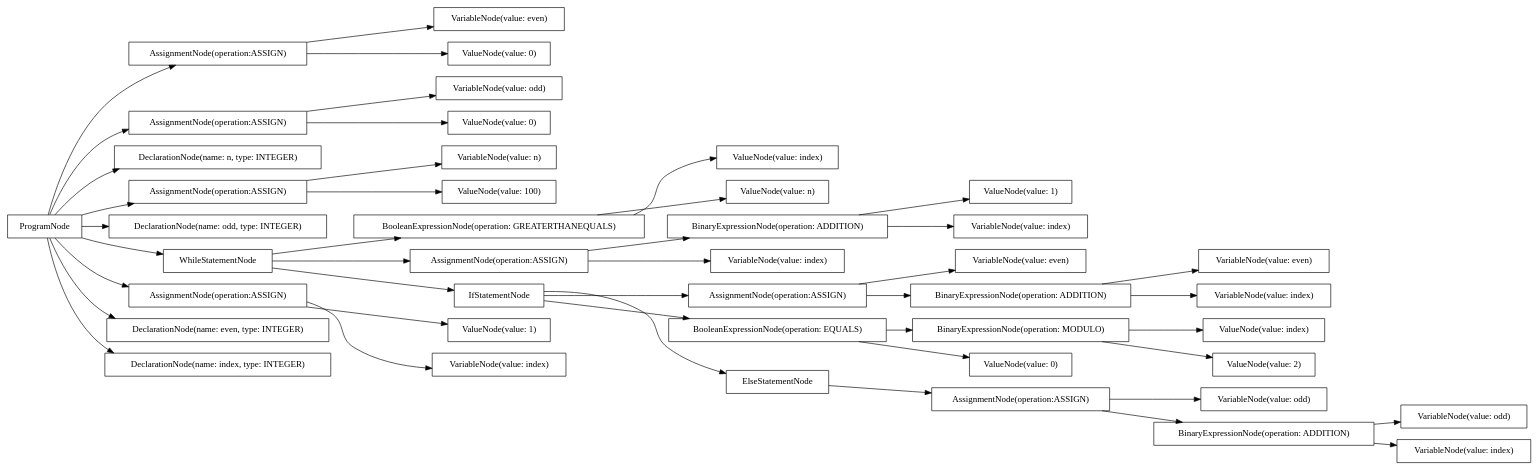
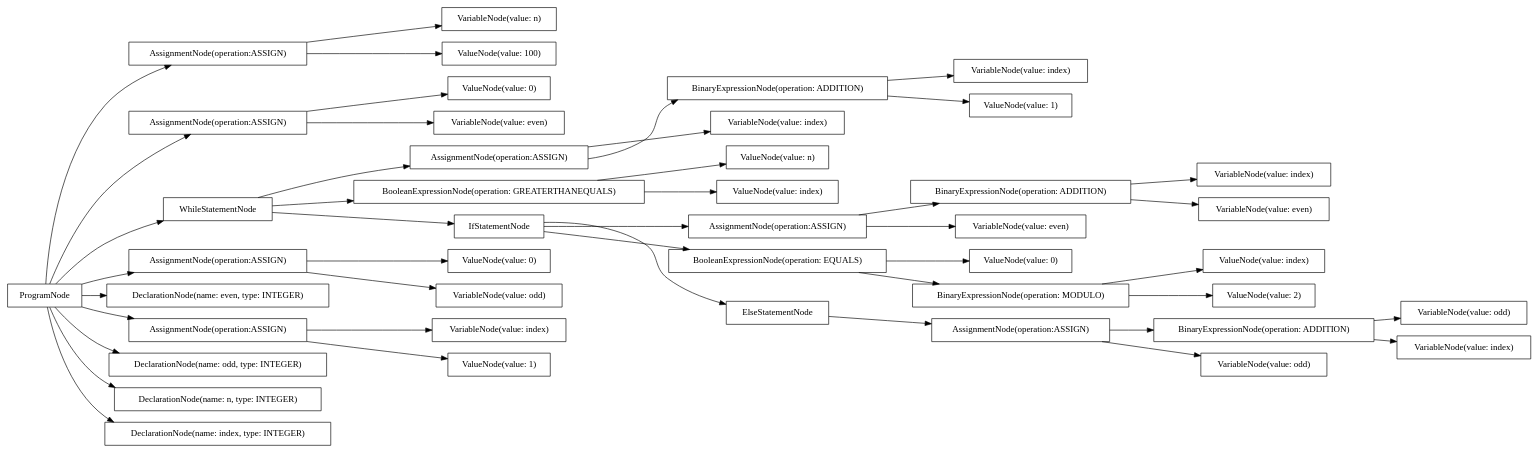
One commit to AtLeastITry/ANTLR-Python-Compiler changed the diagram in src/output/dot/odd_even.dot. Above: the diagram before and after it, drawn with Graphviz. The commit also changed 18 other files, not shown here.

```diff
--- a/src/output/dot/odd_even.dot
+++ b/src/output/dot/odd_even.dot
@@ -1,88 +1,88 @@
 digraph G {
 rankdir=LR
-"bd6243f0-c914-4ab7-a499-864a3f5654b4" [label="BinaryExpressionNode(operation: MODULO)" shape="box"];
-"7af31379-c536-4d43-87da-8989fd42c2ac" [label="AssignmentNode(operation:ASSIGN)" shape="box"];
-"6ec07267-38a8-4b89-ab17-74b9cbda2671" [label="ValueNode(value: index)" shape="box"];
-"460c7258-2c48-4f10-adb7-2d7e3d164d96" [label="ProgramNode" shape="box"];
-"d4b4579c-aef6-4a9f-8f9a-3649a21d32ca" [label="VariableNode(value: n)" shape="box"];
-"8dba4d4b-9dfe-44e6-95e4-ce522ca706bd" [label="BinaryExpressionNode(operation: ADDITION)" shape="box"];
-"c6813f5e-186b-413c-8dff-d0259a36d4a2" [label="AssignmentNode(operation:ASSIGN)" shape="box"];
-"0f8c1a04-0424-41fd-9fc2-d4d899087545" [label="AssignmentNode(operation:ASSIGN)" shape="box"];
-"a12c2d67-0975-4d1c-86dc-adf2dbd89213" [label="VariableNode(value: even)" shape="box"];
-"6974972d-9456-4fa7-96d4-f9d11c1e7ffb" [label="AssignmentNode(operation:ASSIGN)" shape="box"];
-"df6f5c1c-5d70-4aeb-84dd-c625715d4944" [label="ValueNode(value: 1)" shape="box"];
-"9c8f2f49-2969-42e7-bd07-290fd2cce347" [label="DeclarationNode(name: n, type: INTEGER)" shape="box"];
-"d00a0ecd-1aa9-473b-a70f-c9aab01736ab" [label="VariableNode(value: even)" shape="box"];
-"089432b5-d406-4bf8-a96b-6b264f7e2d61" [label="ValueNode(value: index)" shape="box"];
-"42ad9234-5129-4097-95e7-347257f0860f" [label="ValueNode(value: 2)" shape="box"];
-"53fdc889-8112-4171-9667-4ce563d50ecd" [label="VariableNode(value: even)" shape="box"];
-"bc5f7289-f9ec-4370-8cf7-fa8f6fc45878" [label="AssignmentNode(operation:ASSIGN)" shape="box"];
-"25e94ad9-05ed-4b83-81ea-d8dbd725ad85" [label="ValueNode(value: 1)" shape="box"];
-"b5b09522-ee32-4d58-88b3-798367efce72" [label="VariableNode(value: index)" shape="box"];
-"0b5d032e-3d8b-4343-82af-9b7b6a34390d" [label="VariableNode(value: index)" shape="box"];
-"29930bb3-2bd0-4bef-8cc7-96c8c7500f97" [label="DeclarationNode(name: odd, type: INTEGER)" shape="box"];
-"ccbc1963-aace-4ab5-a99c-c7485517163f" [label="ValueNode(value: 0)" shape="box"];
-"502845a8-58d5-4055-934c-fb67221d372f" [label="BooleanExpressionNode(operation: EQUALS)" shape="box"];
-"8ede455f-a61b-4619-875d-800c1f288b23" [label="VariableNode(value: odd)" shape="box"];
-"31e54d21-5afc-4020-821c-2829c7f2bac5" [label="WhileStatementNode" shape="box"];
-"3986ba76-f4b4-4187-ba2b-147c14a4e96c" [label="BooleanExpressionNode(operation: GREATERTHANEQUALS)" shape="box"];
-"1c05cc18-3517-4479-a1e9-378528a51624" [label="VariableNode(value: odd)" shape="box"];
-"a3d20d7e-be4c-4303-bcdc-74fb8701315a" [label="VariableNode(value: index)" shape="box"];
-"25ab1cac-0e04-4442-b216-fce9fb4a8a17" [label="BinaryExpressionNode(operation: ADDITION)" shape="box"];
-"b1f12551-a52b-48cb-a4d2-ec06ea933f64" [label="VariableNode(value: index)" shape="box"];
-"a3c0bb60-41b6-4095-aa5a-fdec3fccde1d" [label="AssignmentNode(operation:ASSIGN)" shape="box"];
-"94191861-3a70-42e4-87c4-ad695649f7ef" [label="ValueNode(value: n)" shape="box"];
-"1f8fde93-07c7-43f5-bb61-fe776ec38415" [label="DeclarationNode(name: even, type: INTEGER)" shape="box"];
-"6205bdef-d45b-49d6-8803-561c9712a91b" [label="ValueNode(value: 0)" shape="box"];
-"3d33ce9d-7c5b-44d7-8034-302fd1f9e132" [label="DeclarationNode(name: index, type: INTEGER)" shape="box"];
-"4f8ae939-e720-4dc0-bd37-9df255607185" [label="ValueNode(value: 0)" shape="box"];
-"ae7113a2-2ae4-4435-931d-565b4915c5a2" [label="AssignmentNode(operation:ASSIGN)" shape="box"];
-"5fbf0066-4155-4c9a-8c28-24f54faa3d55" [label="IfStatementNode" shape="box"];
-"ed8c35c0-b202-4ada-8dd8-02b84ab78936" [label="VariableNode(value: odd)" shape="box"];
-"3137da6f-f80d-4677-91a7-ac246faafcfc" [label="BinaryExpressionNode(operation: ADDITION)" shape="box"];
-"9ac7a396-538e-464e-8d8b-1a950887ecb3" [label="ElseStatementNode" shape="box"];
-"40380f52-bf6b-4e2b-a8da-6e76208e74f3" [label="VariableNode(value: index)" shape="box"];
-"a40a0508-a025-4c9b-99c9-66e21fa5a4ce" [label="ValueNode(value: 100)" shape="box"];
-"460c7258-2c48-4f10-adb7-2d7e3d164d96" -> "9c8f2f49-2969-42e7-bd07-290fd2cce347";
-"460c7258-2c48-4f10-adb7-2d7e3d164d96" -> "29930bb3-2bd0-4bef-8cc7-96c8c7500f97";
-"460c7258-2c48-4f10-adb7-2d7e3d164d96" -> "1f8fde93-07c7-43f5-bb61-fe776ec38415";
-"460c7258-2c48-4f10-adb7-2d7e3d164d96" -> "3d33ce9d-7c5b-44d7-8034-302fd1f9e132";
-"460c7258-2c48-4f10-adb7-2d7e3d164d96" -> "bc5f7289-f9ec-4370-8cf7-fa8f6fc45878";
-"bc5f7289-f9ec-4370-8cf7-fa8f6fc45878" -> "d4b4579c-aef6-4a9f-8f9a-3649a21d32ca";
-"bc5f7289-f9ec-4370-8cf7-fa8f6fc45878" -> "a40a0508-a025-4c9b-99c9-66e21fa5a4ce";
-"460c7258-2c48-4f10-adb7-2d7e3d164d96" -> "6974972d-9456-4fa7-96d4-f9d11c1e7ffb";
-"6974972d-9456-4fa7-96d4-f9d11c1e7ffb" -> "1c05cc18-3517-4479-a1e9-378528a51624";
-"6974972d-9456-4fa7-96d4-f9d11c1e7ffb" -> "6205bdef-d45b-49d6-8803-561c9712a91b";
-"460c7258-2c48-4f10-adb7-2d7e3d164d96" -> "7af31379-c536-4d43-87da-8989fd42c2ac";
-"7af31379-c536-4d43-87da-8989fd42c2ac" -> "a12c2d67-0975-4d1c-86dc-adf2dbd89213";
-"7af31379-c536-4d43-87da-8989fd42c2ac" -> "4f8ae939-e720-4dc0-bd37-9df255607185";
-"460c7258-2c48-4f10-adb7-2d7e3d164d96" -> "a3c0bb60-41b6-4095-aa5a-fdec3fccde1d";
-"a3c0bb60-41b6-4095-aa5a-fdec3fccde1d" -> "0b5d032e-3d8b-4343-82af-9b7b6a34390d";
-"a3c0bb60-41b6-4095-aa5a-fdec3fccde1d" -> "df6f5c1c-5d70-4aeb-84dd-c625715d4944";
-"460c7258-2c48-4f10-adb7-2d7e3d164d96" -> "31e54d21-5afc-4020-821c-2829c7f2bac5";
-"31e54d21-5afc-4020-821c-2829c7f2bac5" -> "3986ba76-f4b4-4187-ba2b-147c14a4e96c";
-"3986ba76-f4b4-4187-ba2b-147c14a4e96c" -> "6ec07267-38a8-4b89-ab17-74b9cbda2671";
-"3986ba76-f4b4-4187-ba2b-147c14a4e96c" -> "94191861-3a70-42e4-87c4-ad695649f7ef";
-"31e54d21-5afc-4020-821c-2829c7f2bac5" -> "5fbf0066-4155-4c9a-8c28-24f54faa3d55";
-"5fbf0066-4155-4c9a-8c28-24f54faa3d55" -> "502845a8-58d5-4055-934c-fb67221d372f";
-"502845a8-58d5-4055-934c-fb67221d372f" -> "bd6243f0-c914-4ab7-a499-864a3f5654b4";
-"bd6243f0-c914-4ab7-a499-864a3f5654b4" -> "089432b5-d406-4bf8-a96b-6b264f7e2d61";
-"bd6243f0-c914-4ab7-a499-864a3f5654b4" -> "42ad9234-5129-4097-95e7-347257f0860f";
-"502845a8-58d5-4055-934c-fb67221d372f" -> "ccbc1963-aace-4ab5-a99c-c7485517163f";
-"5fbf0066-4155-4c9a-8c28-24f54faa3d55" -> "c6813f5e-186b-413c-8dff-d0259a36d4a2";
-"c6813f5e-186b-413c-8dff-d0259a36d4a2" -> "d00a0ecd-1aa9-473b-a70f-c9aab01736ab";
-"c6813f5e-186b-413c-8dff-d0259a36d4a2" -> "25ab1cac-0e04-4442-b216-fce9fb4a8a17";
-"25ab1cac-0e04-4442-b216-fce9fb4a8a17" -> "53fdc889-8112-4171-9667-4ce563d50ecd";
-"25ab1cac-0e04-4442-b216-fce9fb4a8a17" -> "b1f12551-a52b-48cb-a4d2-ec06ea933f64";
-"5fbf0066-4155-4c9a-8c28-24f54faa3d55" -> "9ac7a396-538e-464e-8d8b-1a950887ecb3";
-"9ac7a396-538e-464e-8d8b-1a950887ecb3" -> "0f8c1a04-0424-41fd-9fc2-d4d899087545";
-"0f8c1a04-0424-41fd-9fc2-d4d899087545" -> "ed8c35c0-b202-4ada-8dd8-02b84ab78936";
-"0f8c1a04-0424-41fd-9fc2-d4d899087545" -> "3137da6f-f80d-4677-91a7-ac246faafcfc";
-"3137da6f-f80d-4677-91a7-ac246faafcfc" -> "8ede455f-a61b-4619-875d-800c1f288b23";
-"3137da6f-f80d-4677-91a7-ac246faafcfc" -> "40380f52-bf6b-4e2b-a8da-6e76208e74f3";
-"31e54d21-5afc-4020-821c-2829c7f2bac5" -> "ae7113a2-2ae4-4435-931d-565b4915c5a2";
-"ae7113a2-2ae4-4435-931d-565b4915c5a2" -> "a3d20d7e-be4c-4303-bcdc-74fb8701315a";
-"ae7113a2-2ae4-4435-931d-565b4915c5a2" -> "8dba4d4b-9dfe-44e6-95e4-ce522ca706bd";
-"8dba4d4b-9dfe-44e6-95e4-ce522ca706bd" -> "b5b09522-ee32-4d58-88b3-798367efce72";
-"8dba4d4b-9dfe-44e6-95e4-ce522ca706bd" -> "25e94ad9-05ed-4b83-81ea-d8dbd725ad85";
+"753dfb2f-620b-42c6-a9d7-91268373e91d" [label="ValueNode(value: 0)" shape="box"];
+"4cf6f9d4-3da2-4162-85f4-f4a85956876c" [label="AssignmentNode(operation:ASSIGN)" shape="box"];
+"47fc939d-7273-4977-954e-30584877de81" [label="AssignmentNode(operation:ASSIGN)" shape="box"];
+"773d7a74-64db-48f8-aa7b-1a348060a783" [label="AssignmentNode(operation:ASSIGN)" shape="box"];
+"0b7415dc-db29-449b-9845-3e569f58e4d8" [label="VariableNode(value: index)" shape="box"];
+"9357bfbb-cac6-4e10-b80b-9eadad3155a4" [label="AssignmentNode(operation:ASSIGN)" shape="box"];
+"30ff0f3e-0ece-4df1-ad61-7bb810f99b94" [label="ValueNode(value: 0)" shape="box"];
+"af0234cf-3f51-457c-8fdb-8ffb889695dc" [label="WhileStatementNode" shape="box"];
+"ce6f2fc8-8729-436d-a88f-3a134beac519" [label="VariableNode(value: odd)" shape="box"];
+"28de2c49-8ba6-49df-ada4-3b997a7be4e5" [label="AssignmentNode(operation:ASSIGN)" shape="box"];
+"dbf66f4a-32f4-44d8-a51a-9a4fdb7111e6" [label="BinaryExpressionNode(operation: ADDITION)" shape="box"];
+"589eba7e-d633-4c3c-849c-5d12bdfb020f" [label="BinaryExpressionNode(operation: ADDITION)" shape="box"];
+"089a469b-e0bc-401a-806d-edad80e32f92" [label="AssignmentNode(operation:ASSIGN)" shape="box"];
+"fc1a16c2-6821-4322-97b3-eafcff443948" [label="ValueNode(value: n)" shape="box"];
+"58cc89b1-7d33-415e-a6bc-0b2bfecffa91" [label="ValueNode(value: index)" shape="box"];
+"183c74fe-2860-4af3-a642-77ec7a7fef1a" [label="ProgramNode" shape="box"];
+"c4ba3ade-bf66-4bcd-a299-d5367df56649" [label="DeclarationNode(name: even, type: INTEGER)" shape="box"];
+"9911709b-2c67-4142-a8dd-169b40601b94" [label="ValueNode(value: index)" shape="box"];
+"6eb0c24d-06ce-4223-8437-9da229c6909d" [label="BooleanExpressionNode(operation: GREATERTHANEQUALS)" shape="box"];
+"3f8842bf-5236-4f2b-b885-dad0e8d539b4" [label="IfStatementNode" shape="box"];
+"e69c4107-1d78-4855-990c-6e8a46cb3ee4" [label="VariableNode(value: odd)" shape="box"];
+"65042a74-4a1a-4ac9-b115-6c72d5520cb7" [label="AssignmentNode(operation:ASSIGN)" shape="box"];
+"643d0d66-bcf2-497d-b6b0-c0ee6a32d019" [label="VariableNode(value: index)" shape="box"];
+"707f5cdf-a01f-4434-9d32-6add8a7f2fba" [label="ValueNode(value: 2)" shape="box"];
+"a767d9a7-1128-455a-a61d-79d978cdd91f" [label="VariableNode(value: n)" shape="box"];
+"31bde8a9-9330-4aff-93e7-7a51b9d68b1e" [label="DeclarationNode(name: odd, type: INTEGER)" shape="box"];
+"aef4ed66-40d2-44ac-bf04-76fecc7b49c5" [label="BooleanExpressionNode(operation: EQUALS)" shape="box"];
+"10aac1ec-1829-4676-8026-cfc72c3390a2" [label="ValueNode(value: 1)" shape="box"];
+"1b419b58-beaa-4fc1-ba9f-92dbe2d298ce" [label="BinaryExpressionNode(operation: MODULO)" shape="box"];
+"735dffdd-f8f8-4332-8fb7-11ebcad6f8aa" [label="BinaryExpressionNode(operation: ADDITION)" shape="box"];
+"e0e64e8b-c363-442e-b3c4-d32e42ff985e" [label="DeclarationNode(name: n, type: INTEGER)" shape="box"];
+"e3ef9c52-f1a4-4555-a483-06a45983b603" [label="DeclarationNode(name: index, type: INTEGER)" shape="box"];
+"e4d84f3a-6aee-41ec-9e3d-f76e4b6b27f5" [label="ValueNode(value: 100)" shape="box"];
+"2b8891c6-f699-4b7d-9ffc-0270f8ae99e5" [label="ElseStatementNode" shape="box"];
+"18e1b9bf-3e61-466e-bf6b-86c1c0de0257" [label="VariableNode(value: index)" shape="box"];
+"e6f5c821-e38d-4c52-889c-c7db30057dfa" [label="ValueNode(value: 0)" shape="box"];
+"c30ddf3b-ca30-4efe-a760-66037cebc904" [label="VariableNode(value: index)" shape="box"];
+"8e38118c-b137-41ac-82e4-c013c7f1521c" [label="ValueNode(value: 1)" shape="box"];
+"3bcb4b8f-152c-4f56-81d0-7310501f8999" [label="VariableNode(value: even)" shape="box"];
+"c9c58b15-3268-48ff-9fd6-4a165b71d38f" [label="VariableNode(value: even)" shape="box"];
+"fa253ea8-26b2-4c3b-a002-ba1ea518e93d" [label="VariableNode(value: even)" shape="box"];
+"a6f455ea-1059-4811-aa4e-15bd961e2b05" [label="VariableNode(value: index)" shape="box"];
+"ab5d8179-ee67-46e2-a555-ff078ca984a5" [label="VariableNode(value: odd)" shape="box"];
+"183c74fe-2860-4af3-a642-77ec7a7fef1a" -> "e0e64e8b-c363-442e-b3c4-d32e42ff985e";
+"183c74fe-2860-4af3-a642-77ec7a7fef1a" -> "31bde8a9-9330-4aff-93e7-7a51b9d68b1e";
+"183c74fe-2860-4af3-a642-77ec7a7fef1a" -> "c4ba3ade-bf66-4bcd-a299-d5367df56649";
+"183c74fe-2860-4af3-a642-77ec7a7fef1a" -> "e3ef9c52-f1a4-4555-a483-06a45983b603";
+"183c74fe-2860-4af3-a642-77ec7a7fef1a" -> "47fc939d-7273-4977-954e-30584877de81";
+"47fc939d-7273-4977-954e-30584877de81" -> "a767d9a7-1128-455a-a61d-79d978cdd91f";
+"47fc939d-7273-4977-954e-30584877de81" -> "e4d84f3a-6aee-41ec-9e3d-f76e4b6b27f5";
+"183c74fe-2860-4af3-a642-77ec7a7fef1a" -> "089a469b-e0bc-401a-806d-edad80e32f92";
+"089a469b-e0bc-401a-806d-edad80e32f92" -> "ce6f2fc8-8729-436d-a88f-3a134beac519";
+"089a469b-e0bc-401a-806d-edad80e32f92" -> "30ff0f3e-0ece-4df1-ad61-7bb810f99b94";
+"183c74fe-2860-4af3-a642-77ec7a7fef1a" -> "773d7a74-64db-48f8-aa7b-1a348060a783";
+"773d7a74-64db-48f8-aa7b-1a348060a783" -> "c9c58b15-3268-48ff-9fd6-4a165b71d38f";
+"773d7a74-64db-48f8-aa7b-1a348060a783" -> "e6f5c821-e38d-4c52-889c-c7db30057dfa";
+"183c74fe-2860-4af3-a642-77ec7a7fef1a" -> "65042a74-4a1a-4ac9-b115-6c72d5520cb7";
+"65042a74-4a1a-4ac9-b115-6c72d5520cb7" -> "643d0d66-bcf2-497d-b6b0-c0ee6a32d019";
+"65042a74-4a1a-4ac9-b115-6c72d5520cb7" -> "10aac1ec-1829-4676-8026-cfc72c3390a2";
+"183c74fe-2860-4af3-a642-77ec7a7fef1a" -> "af0234cf-3f51-457c-8fdb-8ffb889695dc";
+"af0234cf-3f51-457c-8fdb-8ffb889695dc" -> "6eb0c24d-06ce-4223-8437-9da229c6909d";
+"6eb0c24d-06ce-4223-8437-9da229c6909d" -> "9911709b-2c67-4142-a8dd-169b40601b94";
+"6eb0c24d-06ce-4223-8437-9da229c6909d" -> "fc1a16c2-6821-4322-97b3-eafcff443948";
+"af0234cf-3f51-457c-8fdb-8ffb889695dc" -> "3f8842bf-5236-4f2b-b885-dad0e8d539b4";
+"3f8842bf-5236-4f2b-b885-dad0e8d539b4" -> "aef4ed66-40d2-44ac-bf04-76fecc7b49c5";
+"aef4ed66-40d2-44ac-bf04-76fecc7b49c5" -> "1b419b58-beaa-4fc1-ba9f-92dbe2d298ce";
+"1b419b58-beaa-4fc1-ba9f-92dbe2d298ce" -> "58cc89b1-7d33-415e-a6bc-0b2bfecffa91";
+"1b419b58-beaa-4fc1-ba9f-92dbe2d298ce" -> "707f5cdf-a01f-4434-9d32-6add8a7f2fba";
+"aef4ed66-40d2-44ac-bf04-76fecc7b49c5" -> "753dfb2f-620b-42c6-a9d7-91268373e91d";
+"3f8842bf-5236-4f2b-b885-dad0e8d539b4" -> "4cf6f9d4-3da2-4162-85f4-f4a85956876c";
+"4cf6f9d4-3da2-4162-85f4-f4a85956876c" -> "3bcb4b8f-152c-4f56-81d0-7310501f8999";
+"4cf6f9d4-3da2-4162-85f4-f4a85956876c" -> "735dffdd-f8f8-4332-8fb7-11ebcad6f8aa";
+"735dffdd-f8f8-4332-8fb7-11ebcad6f8aa" -> "fa253ea8-26b2-4c3b-a002-ba1ea518e93d";
+"735dffdd-f8f8-4332-8fb7-11ebcad6f8aa" -> "0b7415dc-db29-449b-9845-3e569f58e4d8";
+"3f8842bf-5236-4f2b-b885-dad0e8d539b4" -> "2b8891c6-f699-4b7d-9ffc-0270f8ae99e5";
+"2b8891c6-f699-4b7d-9ffc-0270f8ae99e5" -> "9357bfbb-cac6-4e10-b80b-9eadad3155a4";
+"9357bfbb-cac6-4e10-b80b-9eadad3155a4" -> "ab5d8179-ee67-46e2-a555-ff078ca984a5";
+"9357bfbb-cac6-4e10-b80b-9eadad3155a4" -> "589eba7e-d633-4c3c-849c-5d12bdfb020f";
+"589eba7e-d633-4c3c-849c-5d12bdfb020f" -> "e69c4107-1d78-4855-990c-6e8a46cb3ee4";
+"589eba7e-d633-4c3c-849c-5d12bdfb020f" -> "a6f455ea-1059-4811-aa4e-15bd961e2b05";
+"af0234cf-3f51-457c-8fdb-8ffb889695dc" -> "28de2c49-8ba6-49df-ada4-3b997a7be4e5";
+"28de2c49-8ba6-49df-ada4-3b997a7be4e5" -> "18e1b9bf-3e61-466e-bf6b-86c1c0de0257";
+"28de2c49-8ba6-49df-ada4-3b997a7be4e5" -> "dbf66f4a-32f4-44d8-a51a-9a4fdb7111e6";
+"dbf66f4a-32f4-44d8-a51a-9a4fdb7111e6" -> "c30ddf3b-ca30-4efe-a760-66037cebc904";
+"dbf66f4a-32f4-44d8-a51a-9a4fdb7111e6" -> "8e38118c-b137-41ac-82e4-c013c7f1521c";
 }
```
